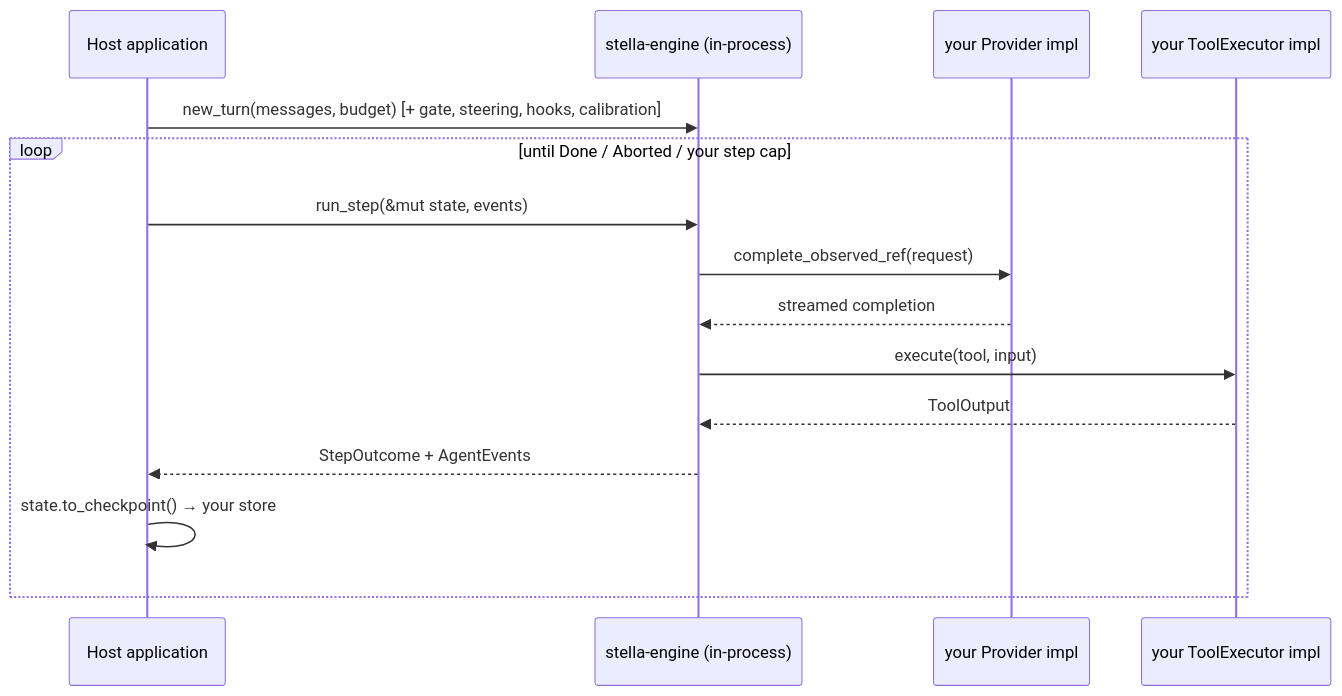
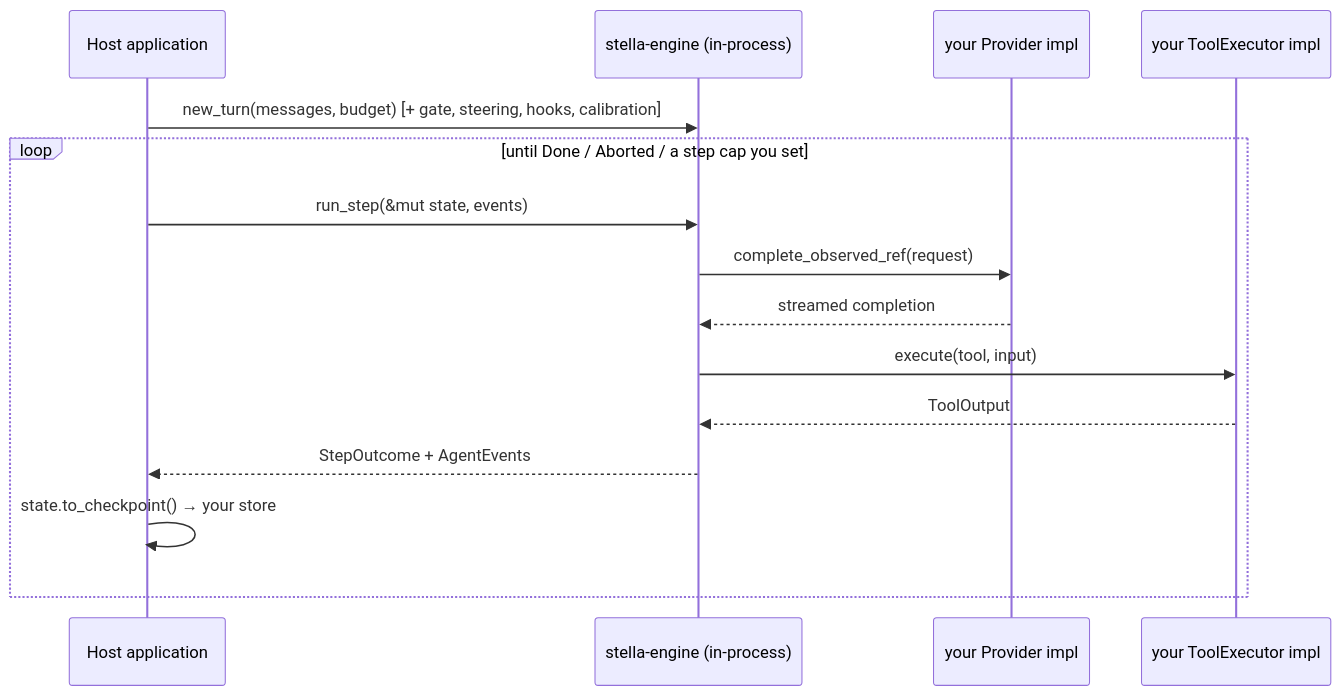
One commit to macanderson/stella changed the second of 3 diagrams in docs/spec/engine-embedding.md. Above: the diagram before and after it, drawn with Mermaid. The commit also changed other lines of this file and 29 other files, not shown here.

First line of the commit message:
feat(stella-core,stella-serve): a turn has no step cap by default

````diff
--- a/docs/spec/engine-embedding.md
+++ b/docs/spec/engine-embedding.md
@@ -99,18 +99,18 @@
 ```mermaid
 sequenceDiagram
     participant Host as Host application
     participant Engine as stella-engine (in-process)
     participant P as your Provider impl
     participant T as your ToolExecutor impl
 
     Host->>Engine: new_turn(messages, budget) [+ gate, steering, hooks, calibration]
-    loop until Done / Aborted / your step cap
+    loop until Done / Aborted / a step cap you set
         Host->>Engine: run_step(&mut state, events)
         Engine->>P: complete_observed_ref(request)
         P-->>Engine: streamed completion
         Engine->>T: execute(tool, input)
         T-->>Engine: ToolOutput
         Engine-->>Host: StepOutcome + AgentEvents
         Host->>Host: state.to_checkpoint() → your store
     end
 ```
````
